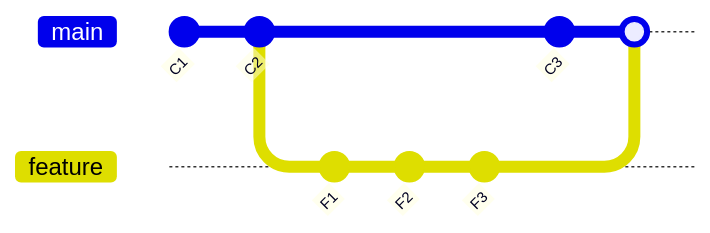
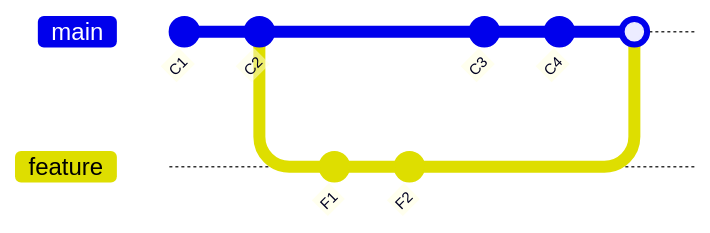
One commit to Foreach-Academy-France/formation-devops-initiation changed the third of 5 diagrams in slides/03-git-versioning.md. Above: the diagram before and after it, drawn with Mermaid. The commit also changed other lines of this file, not shown here.

First line of the commit message:
🐛 fix(slides): clarify fast-forward vs merge commit difference in Module 03 slide 15

```diff
--- a/slides/03-git-versioning.md
+++ b/slides/03-git-versioning.md
@@ -337,13 +338,13 @@
     <div class="mermaid">
 gitGraph
   commit id: "C1"
   commit id: "C2"
   branch feature
   checkout feature
   commit id: "F1"
   commit id: "F2"
-  commit id: "F3"
   checkout main
   commit id: "C3"
+  commit id: "C4"
   merge feature
     </div>
```
